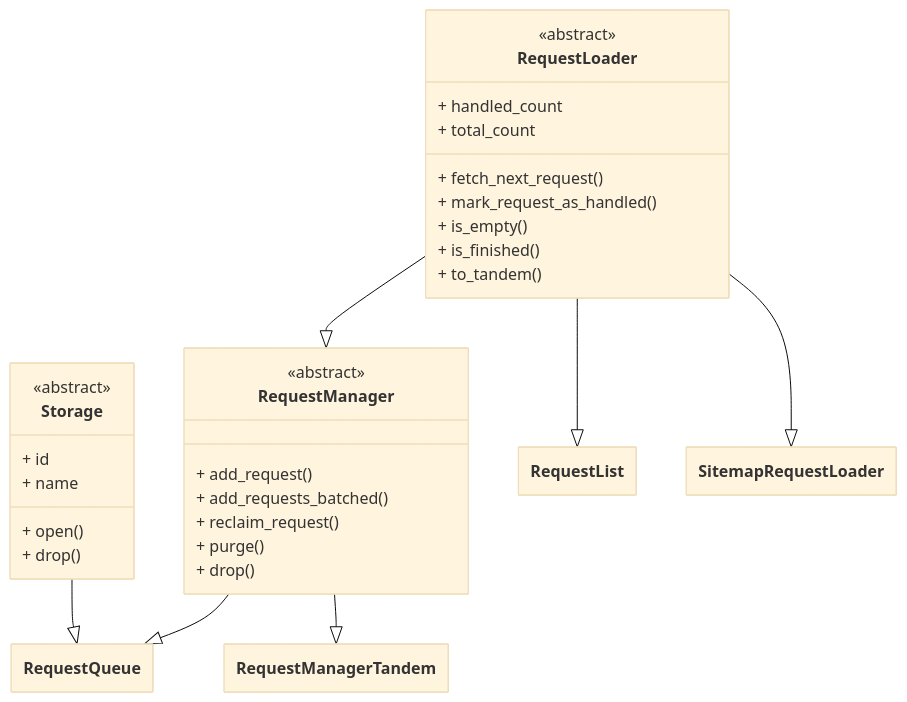
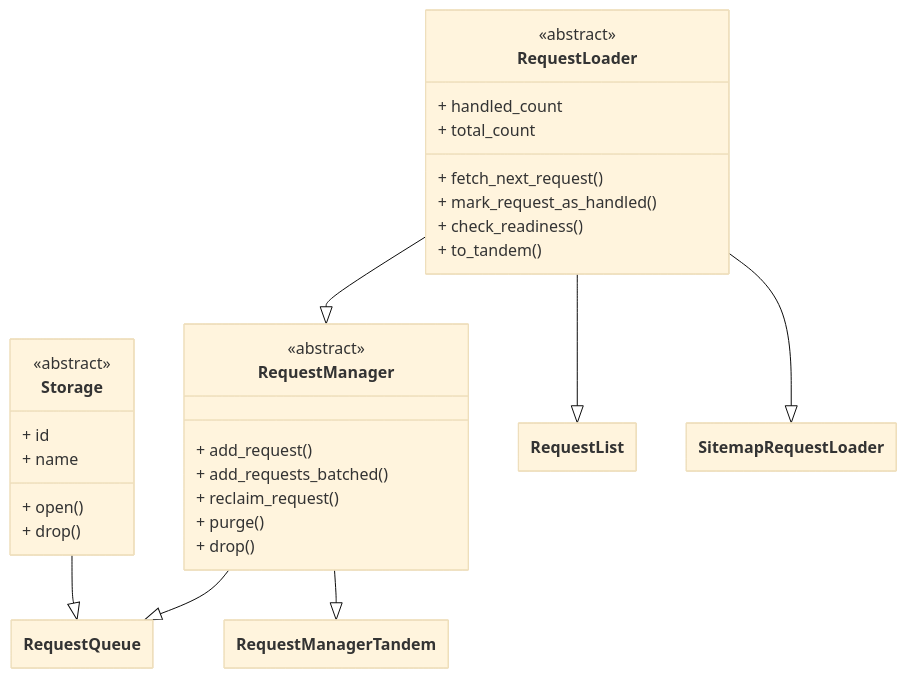
One commit to apify/crawlee-python changed the diagram in docs/guides/request_loaders.mdx. Above: the diagram before and after it, drawn with Mermaid (base theme). The commit also changed 23 other files, not shown here.

Commit message:
replace `is_empty` and `is_finished` with `check_readiness`

````diff
--- a/docs/guides/request_loaders.mdx
+++ b/docs/guides/request_loaders.mdx
@@ -38,65 +38,64 @@
 ```mermaid
 ---
 config:
     class:
         hideEmptyMembersBox: true
 ---
 
 classDiagram
 
 %% ========================
 %% Abstract classes
 %% ========================
 
 class Storage {
     <<abstract>>
     + id
     + name
     + open()
     + drop()
 }
 
 class RequestLoader {
     <<abstract>>
     + handled_count
     + total_count
     + fetch_next_request()
     + mark_request_as_handled()
-    + is_empty()
-    + is_finished()
+    + check_readiness()
     + to_tandem()
 }
 
 class RequestManager {
     <<abstract>>
     + add_request()
     + add_requests_batched()
     + reclaim_request()
     + purge()
     + drop()
 }
 
 %% ========================
 %% Specific classes
 %% ========================
 
 class RequestQueue
 
 class RequestList
 
 class SitemapRequestLoader
 
 class RequestManagerTandem
 
 %% ========================
 %% Inheritance arrows
 %% ========================
 
 Storage --|> RequestQueue
 RequestManager --|> RequestQueue
 
 RequestLoader --|> RequestManager
 RequestLoader --|> RequestList
 RequestLoader --|> SitemapRequestLoader
 RequestManager --|> RequestManagerTandem
 ```
````
